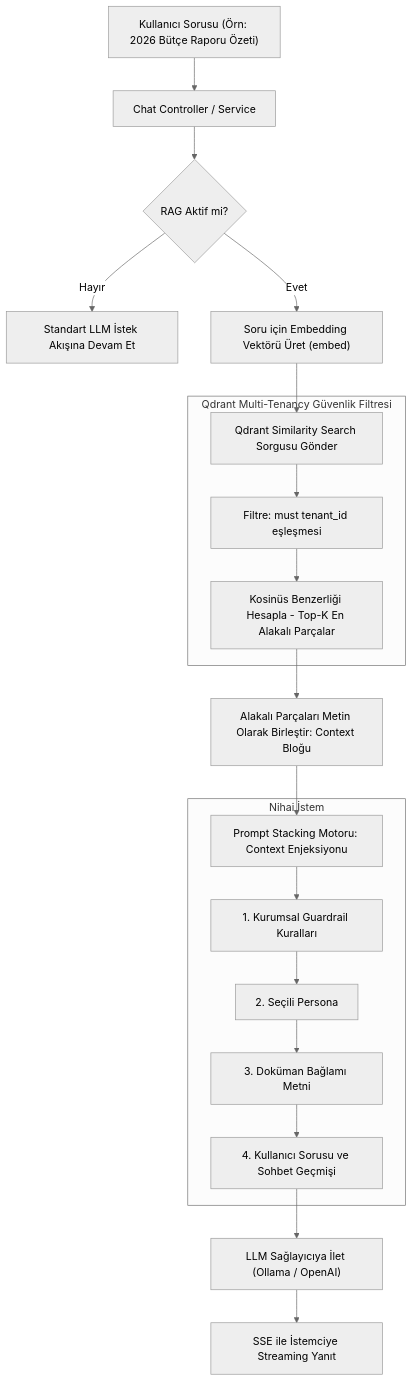
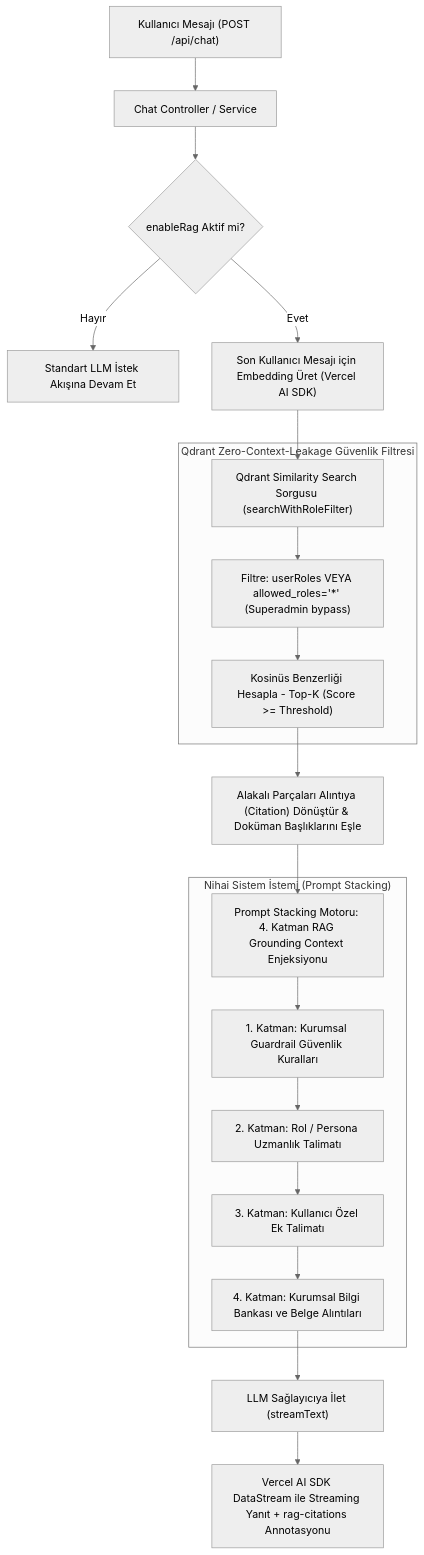
Before and after one commit to aemreceylan/localAIApp: the fourth of 5 diagrams in documents/common/data_and_business_workflows.md, drawn with Mermaid (neutral theme). The commit also changed other lines of this file and 10 other files, not shown here.

Commit message:
feat: implement RAG module, Qdrant adapter, prompt service, and chat APIs

````diff
--- a/documents/common/data_and_business_workflows.md
+++ b/documents/common/data_and_business_workflows.md
@@ -389,26 +389,26 @@
 ```mermaid
 flowchart TD
-    A["Kullanıcı Sorusu (Örn: 2026 Bütçe Raporu Özeti)"] --> B["Chat Controller / Service"]
-    B --> C{"RAG Aktif mi?"}
+    A["Kullanıcı Mesajı (POST /api/chat)"] --> B["Chat Controller / Service"]
+    B --> C{"enableRag Aktif mi?"}
     C -- Hayır --> D["Standart LLM İstek Akışına Devam Et"]
-    C -- Evet --> E["Soru için Embedding Vektörü Üret (embed)"]
-    E --> F["Qdrant Similarity Search Sorgusu Gönder"]
+    C -- Evet --> E["Son Kullanıcı Mesajı için Embedding Üret (Vercel AI SDK)"]
+    E --> F["Qdrant Similarity Search Sorgusu (searchWithRoleFilter)"]
 
-    subgraph Qdrant_RLS_Filtreleme ["Qdrant Multi-Tenancy Güvenlik Filtresi"]
-        F --> G["Filtre: must tenant_id eşleşmesi"]
-        G --> H["Kosinüs Benzerliği Hesapla - Top-K En Alakalı Parçalar"]
+    subgraph Qdrant_RBAC_Filtreleme ["Qdrant Zero-Context-Leakage Güvenlik Filtresi"]
+        F --> G["Filtre: userRoles VEYA allowed_roles='*' (Superadmin bypass)"]
+        G --> H["Kosinüs Benzerliği Hesapla - Top-K (Score >= Threshold)"]
     end
 
-    H --> I["Alakalı Parçaları Metin Olarak Birleştir: Context Bloğu"]
-    I --> J["Prompt Stacking Motoru: Context Enjeksiyonu"]
+    H --> I["Alakalı Parçaları Alıntıya (Citation) Dönüştür & Doküman Başlıklarını Eşle"]
+    I --> J["Prompt Stacking Motoru: 4. Katman RAG Grounding Context Enjeksiyonu"]
 
-    subgraph Prompt_Derleme ["Nihai İstem"]
-        J --> K["1. Kurumsal Guardrail Kuralları"]
-        K --> L["2. Seçili Persona"]
-        L --> M["3. Doküman Bağlamı Metni"]
-        M --> N["4. Kullanıcı Sorusu ve Sohbet Geçmişi"]
+    subgraph Prompt_Derleme ["Nihai Sistem İstemi (Prompt Stacking)"]
+        J --> K["1. Katman: Kurumsal Guardrail Güvenlik Kuralları"]
+        K --> L["2. Katman: Rol / Persona Uzmanlık Talimatı"]
+        L --> M["3. Katman: Kullanıcı Özel Ek Talimatı"]
+        M --> N["4. Katman: Kurumsal Bilgi Bankası ve Belge Alıntıları"]
     end
 
-    N --> O["LLM Sağlayıcıya İlet (Ollama / OpenAI)"]
-    O --> P["SSE ile İstemciye Streaming Yanıt"]
+    N --> O["LLM Sağlayıcıya İlet (streamText)"]
+    O --> P["Vercel AI SDK DataStream ile Streaming Yanıt + rag-citations Annotasyonu"]
 ```
````
